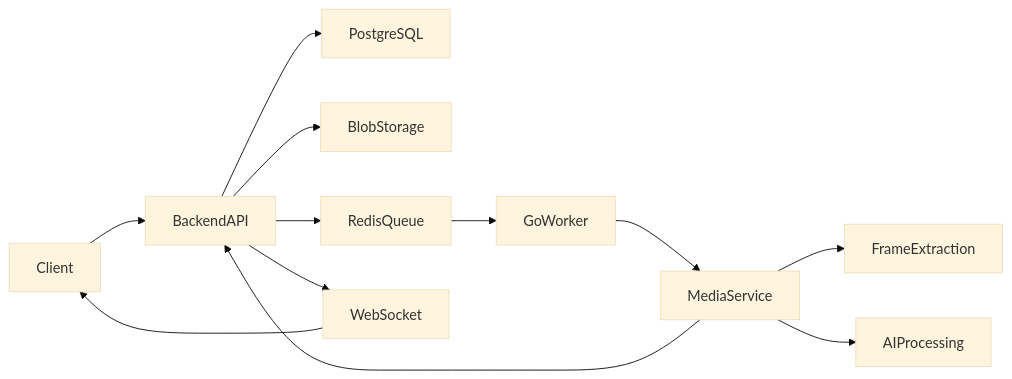
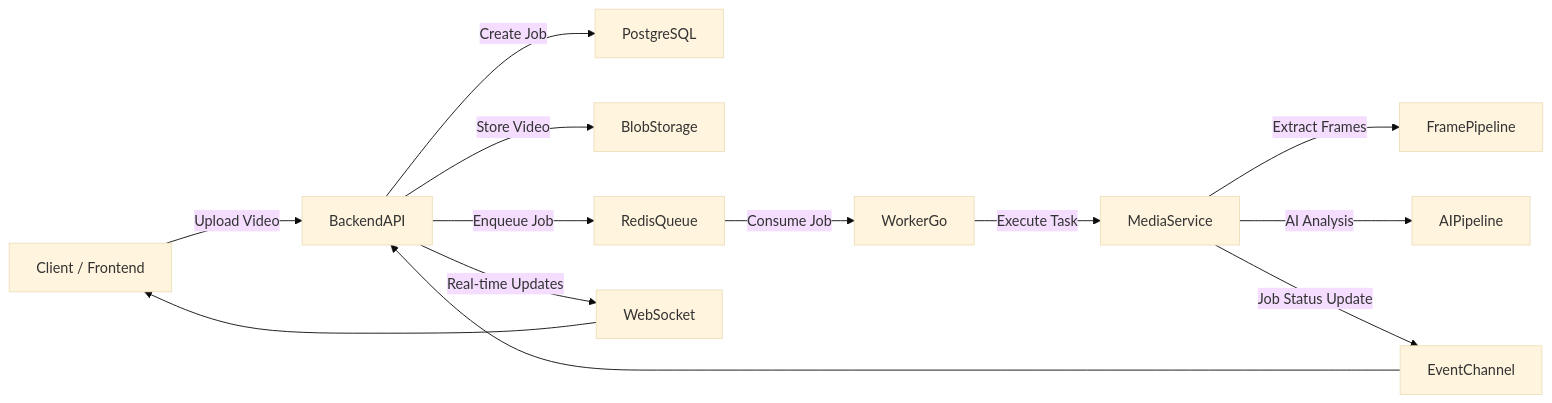
Before and after one commit to FernandaIshida/frame-flow: the diagram in README.md, drawn with Mermaid (base theme). The commit also changed other lines of this file, not shown here.

````diff
--- a/README.md
+++ b/README.md
@@ -25,21 +26,22 @@
 ```mermaid
 flowchart LR
 
-    Client --> BackendAPI
+    Client[Client / Frontend] -->|Upload Video| BackendAPI
 
-    BackendAPI --> PostgreSQL
-    BackendAPI --> BlobStorage
-    BackendAPI --> RedisQueue
+    BackendAPI -->|Create Job| PostgreSQL
+    BackendAPI -->|Store Video| BlobStorage
+    BackendAPI -->|Enqueue Job| RedisQueue
 
-    RedisQueue --> GoWorker
+    RedisQueue -->|Consume Job| WorkerGo
 
-    GoWorker --> MediaService
+    WorkerGo -->|Execute Task| MediaService
 
-    MediaService --> FrameExtraction
-    MediaService --> AIProcessing
+    MediaService -->|Extract Frames| FramePipeline
+    MediaService -->|AI Analysis| AIPipeline
 
-    MediaService --> BackendAPI
+    MediaService -->|Job Status Update| EventChannel
 
-    BackendAPI --> WebSocket
+    EventChannel --> BackendAPI
+    BackendAPI -->|Real-time Updates| WebSocket
     WebSocket --> Client
 ```
````
